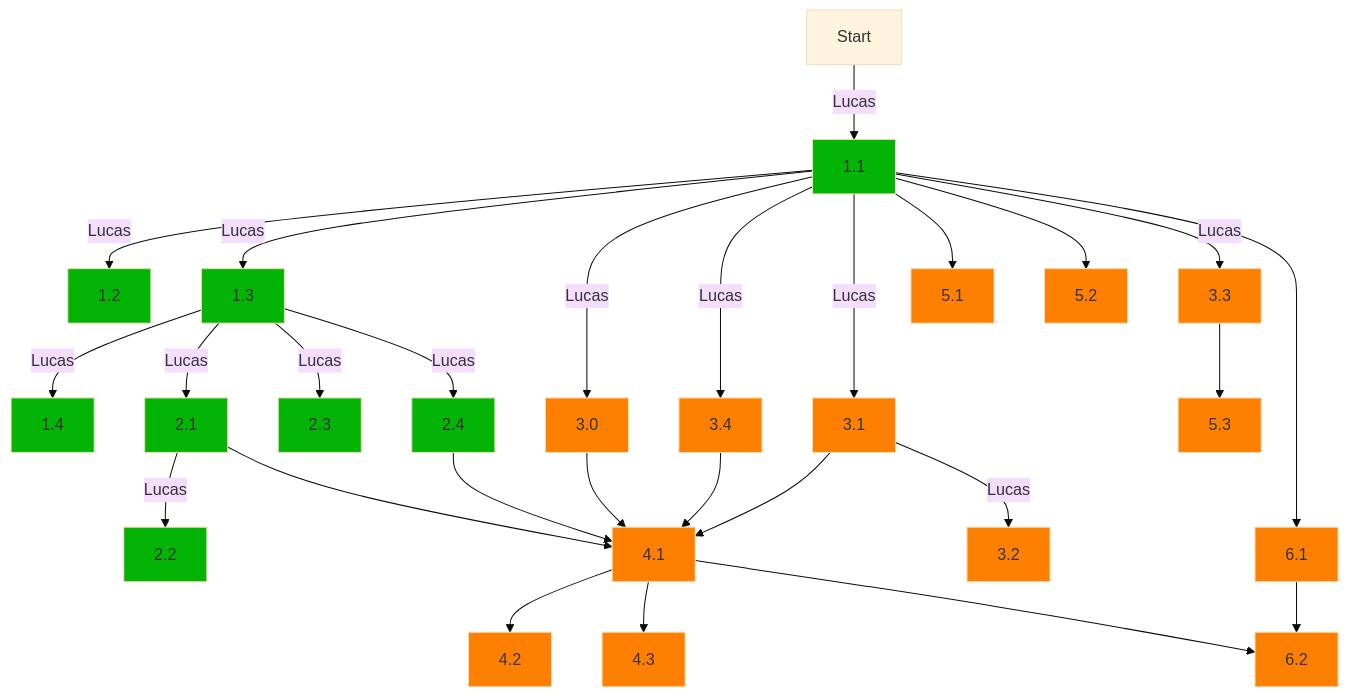
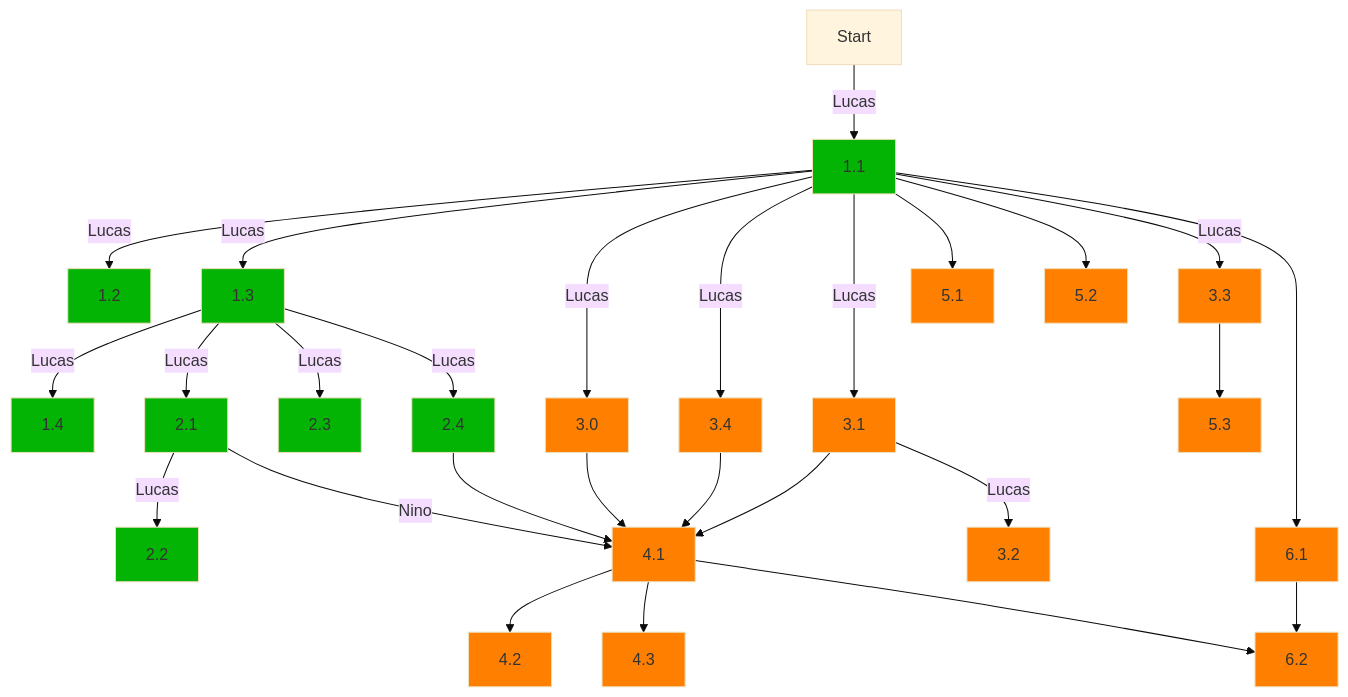
Before and after one commit to Luc-mic/Projet_SDAA: the diagram in DEPENDENCY.md, drawn with Mermaid.

````diff
--- a/DEPENDENCY.md
+++ b/DEPENDENCY.md
@@ -1,57 +1,57 @@
 ```mermaid
 
 %%{init: {'theme':'base'}}%%
 graph TD;
 
 classDef done fill:#04B404;
 classDef not_done fill:#FF8000;
 
     1.1:::done
     1.2:::done
     1.3:::done
     1.4:::done
     2.1:::done
     2.2:::done
     2.3:::done
     2.4:::done
     3.0:::not_done
     3.1:::not_done
     3.2:::not_done
     3.3:::not_done
     3.4:::not_done
     4.1:::not_done
     4.2:::not_done
     4.3:::not_done
     5.1:::not_done
     5.2:::not_done
     5.3:::not_done
     6.1:::not_done
     6.2:::not_done
 
     Start-->|Lucas|1.1;
     1.1-->|Lucas|1.2;
     1.1-->|Lucas|1.3;
     1.3-->|Lucas|1.4;
     1.3-->|Lucas|2.1;
     2.1-->|Lucas|2.2;
-    2.1-->4.1;
+    2.1-->|Nino|4.1;
     1.3-->|Lucas|2.3;
     1.3-->|Lucas|2.4;
     2.4-->4.1;
     4.1-->4.2;
     4.1-->4.3;
     4.1-->6.2;
     1.1-->|Lucas|3.0;
     1.1-->|Lucas|3.4;
     3.4-->4.1;
     3.0-->4.1;
     1.1-->|Lucas|3.1;
     3.1-->4.1;
     3.1-->|Lucas|3.2;
     1.1-->5.1;
     1.1-->5.2;
     1.1-->|Lucas|3.3;
     3.3-->5.3;
     1.1-->6.1;
     6.1-->6.2;
 ```
````
